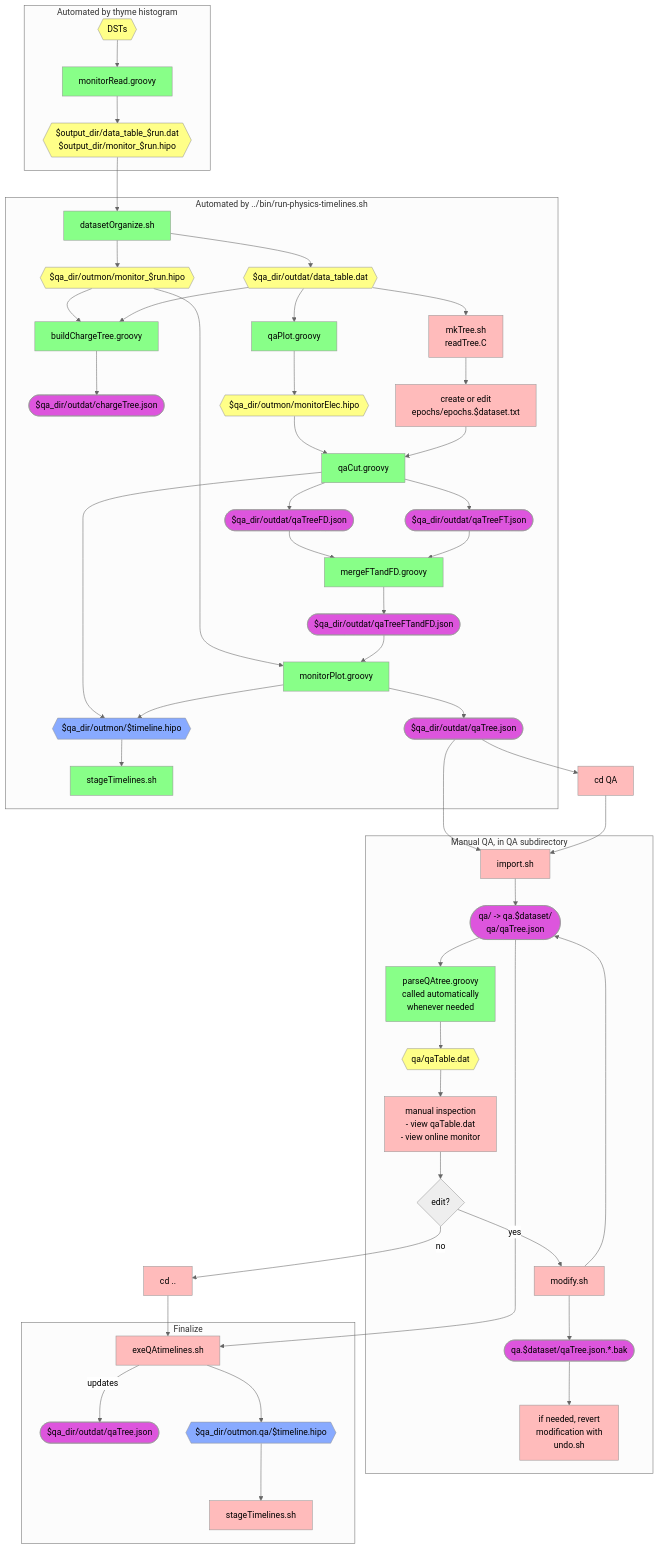
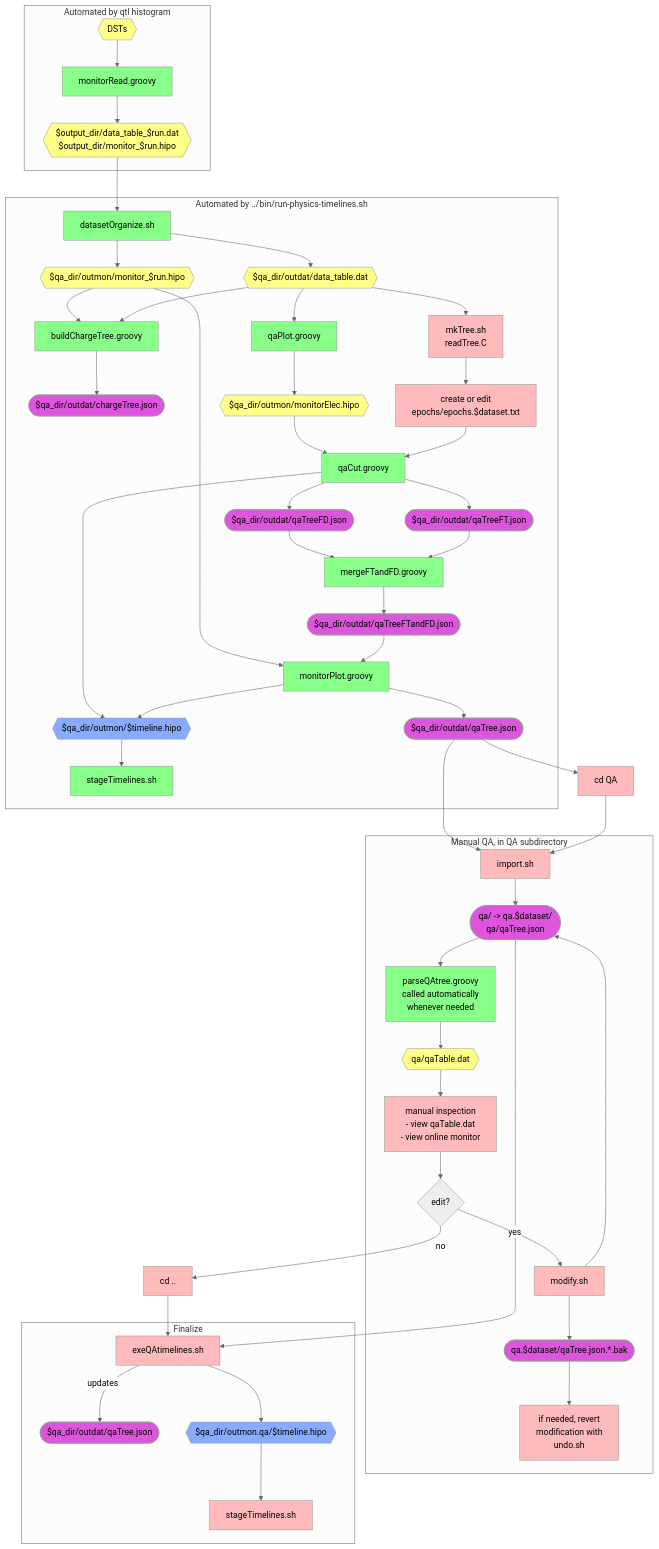
Before and after one commit to JeffersonLab/clas12-timeline: the second of 2 diagrams in qa-physics/docs/docDiagram.md, drawn with Mermaid (neutral theme). The commit also changed 17 other files, not shown here.

Commit message:
refactor!: `thyme` -> `qtl`

````diff
--- a/qa-physics/docs/docDiagram.md
+++ b/qa-physics/docs/docDiagram.md
@@ -30,7 +30,7 @@
 ```mermaid
 flowchart TB
 
-    subgraph "Automated by thyme histogram"
+    subgraph "Automated by qtl histogram"
       dst{{DSTs}}:::data
       monitorRead[monitorRead.groovy]:::auto
       monitorReadOut{{$output_dir/data_table_$run.dat<br>$output_dir/monitor_$run.hipo}}:::data
````
